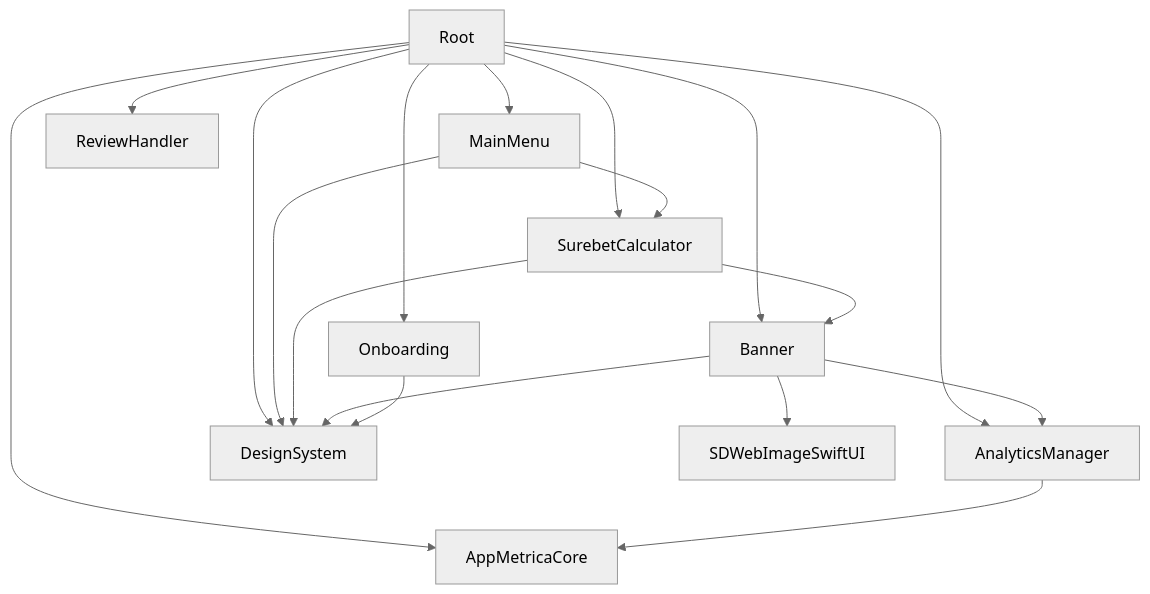
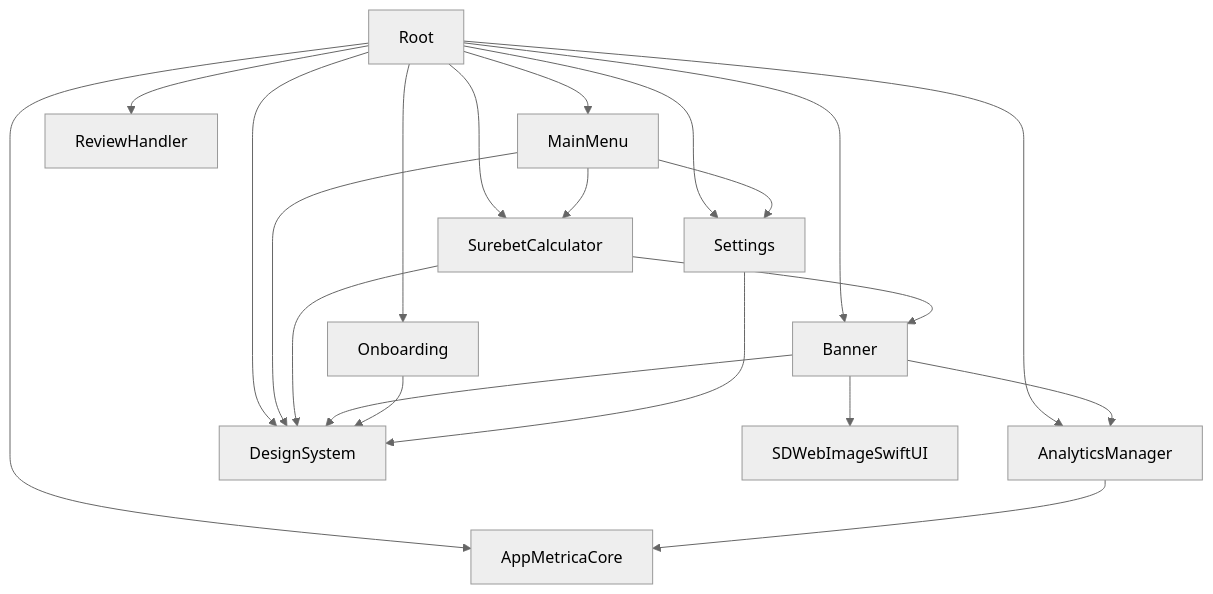
Before and after one commit to IaroslavAl/surebet-calculator-ios: the diagram in docs/architecture/MODULES.md, drawn with Mermaid (neutral theme). The commit also changed other lines of this file and 38 other files, not shown here.

````diff
--- a/docs/architecture/MODULES.md
+++ b/docs/architecture/MODULES.md
@@ -5,25 +5,28 @@
 ```mermaid
 graph TD
     Root --> SurebetCalculator
     Root --> Banner
     Root --> MainMenu
     Root --> Onboarding
+    Root --> Settings
     Root --> ReviewHandler
     Root --> AnalyticsManager
     Root --> DesignSystem
     Root --> AppMetricaCore
 
     MainMenu --> SurebetCalculator
+    MainMenu --> Settings
     MainMenu --> DesignSystem
 
     SurebetCalculator --> Banner
     SurebetCalculator --> DesignSystem
 
     Banner --> AnalyticsManager
     Banner --> SDWebImageSwiftUI
     Banner --> DesignSystem
 
     Onboarding --> DesignSystem
+    Settings --> DesignSystem
 
     AnalyticsManager --> AppMetricaCore
 ```
````
